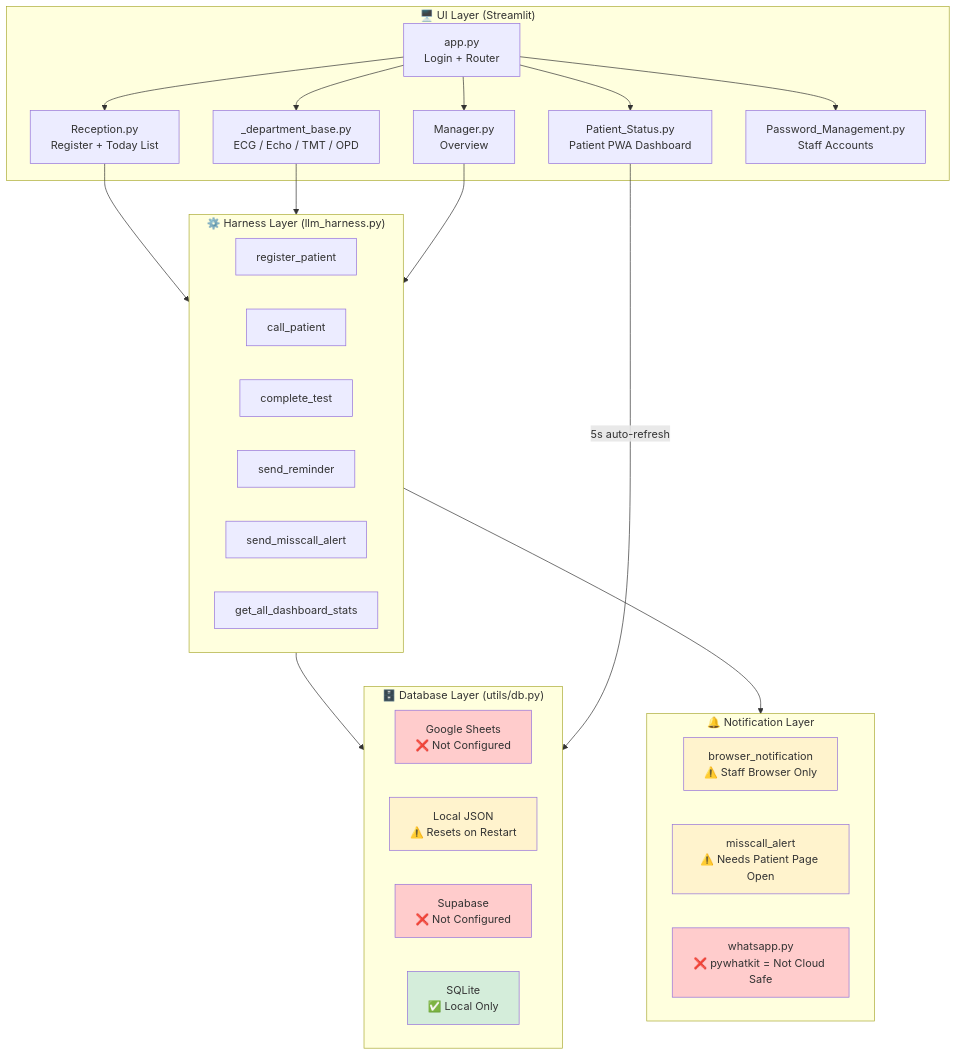
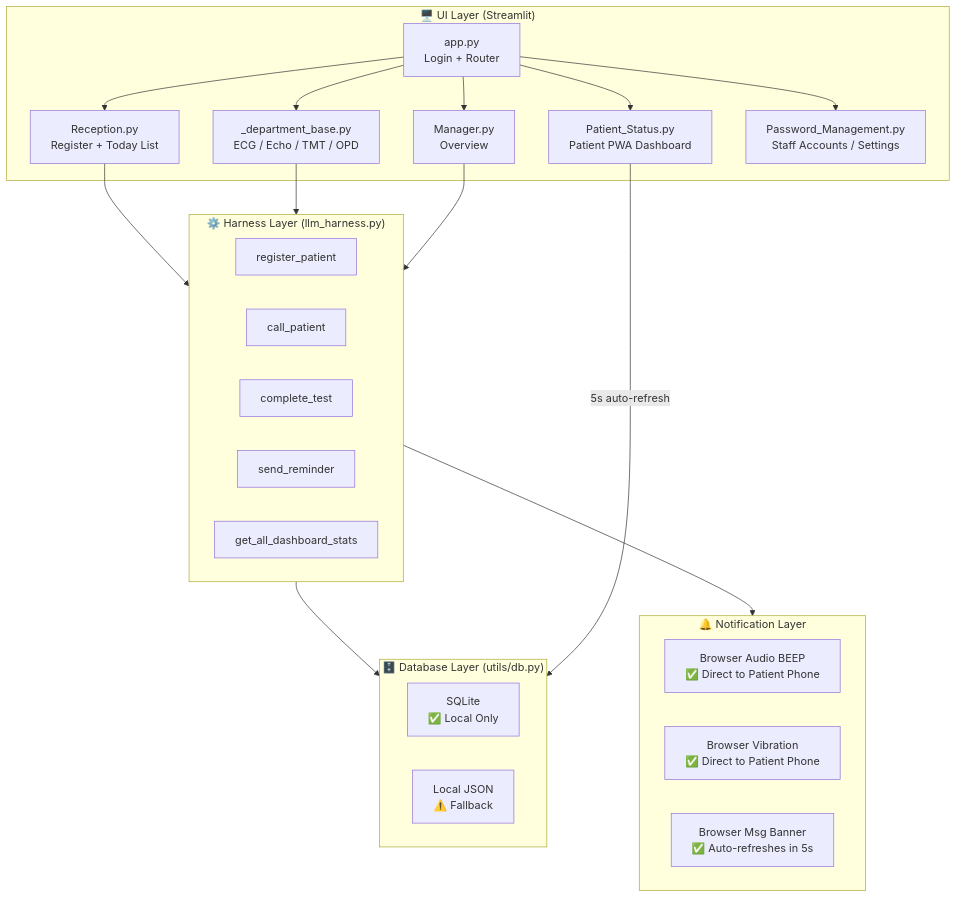
One commit to gurjeetsinghgill8-web/gil-clinic changed the diagram in GIL_CLINIC_PRODUCT_DEVELOPMENT.md. Above: the diagram before and after it, drawn with Mermaid. The commit also changed other lines of this file and 4 other files, not shown here.

Commit message:
Configure local-first SQLite only, remove all WhatsApp integrations and replace with free browser-based status link sharing

````diff
--- a/GIL_CLINIC_PRODUCT_DEVELOPMENT.md
+++ b/GIL_CLINIC_PRODUCT_DEVELOPMENT.md
@@ -155,47 +90,36 @@
 ```mermaid
 graph TB
     subgraph UI["🖥️ UI Layer (Streamlit)"]
         APP[app.py<br/>Login + Router]
         REC[Reception.py<br/>Register + Today List]
         DEPT[_department_base.py<br/>ECG / Echo / TMT / OPD]
         PS[Patient_Status.py<br/>Patient PWA Dashboard]
         MGR[Manager.py<br/>Overview]
-        PWD[Password_Management.py<br/>Staff Accounts]
+        PWD[Password_Management.py<br/>Staff Accounts / Settings]
     end
 
     subgraph HARNESS["⚙️ Harness Layer (llm_harness.py)"]
         REG[register_patient]
         CALL[call_patient]
         COMP[complete_test]
         REMIND[send_reminder]
-        MISS[send_misscall_alert]
         STATS[get_all_dashboard_stats]
     end
 
     subgraph DB["🗄️ Database Layer (utils/db.py)"]
-        GS[Google Sheets<br/>❌ Not Configured]
-        JSON[Local JSON<br/>⚠️ Resets on Restart]
-        SB[Supabase<br/>❌ Not Configured]
         SQLite[SQLite<br/>✅ Local Only]
+        JSON[Local JSON<br/>⚠️ Fallback]
     end
 
     subgraph NOTIF["🔔 Notification Layer"]
-        BN[browser_notification<br/>⚠️ Staff Browser Only]
-        MC[misscall_alert<br/>⚠️ Needs Patient Page Open]
-        WA[whatsapp.py<br/>❌ pywhatkit = Not Cloud Safe]
+        BN[Browser Audio BEEP<br/>✅ Direct to Patient Phone]
+        BV[Browser Vibration<br/>✅ Direct to Patient Phone]
+        BM[Browser Msg Banner<br/>✅ Auto-refreshes in 5s]
     end
 
     APP --> REC & DEPT & PS & MGR & PWD
     REC & DEPT & MGR --> HARNESS
     HARNESS --> DB
     HARNESS --> NOTIF
     PS -->|"5s auto-refresh"| DB
-
-    style GS fill:#ffcccc
-    style JSON fill:#fff3cd
-    style SB fill:#ffcccc
-    style SQLite fill:#d4edda
-    style BN fill:#fff3cd
-    style MC fill:#fff3cd
-    style WA fill:#ffcccc
 ```
````
